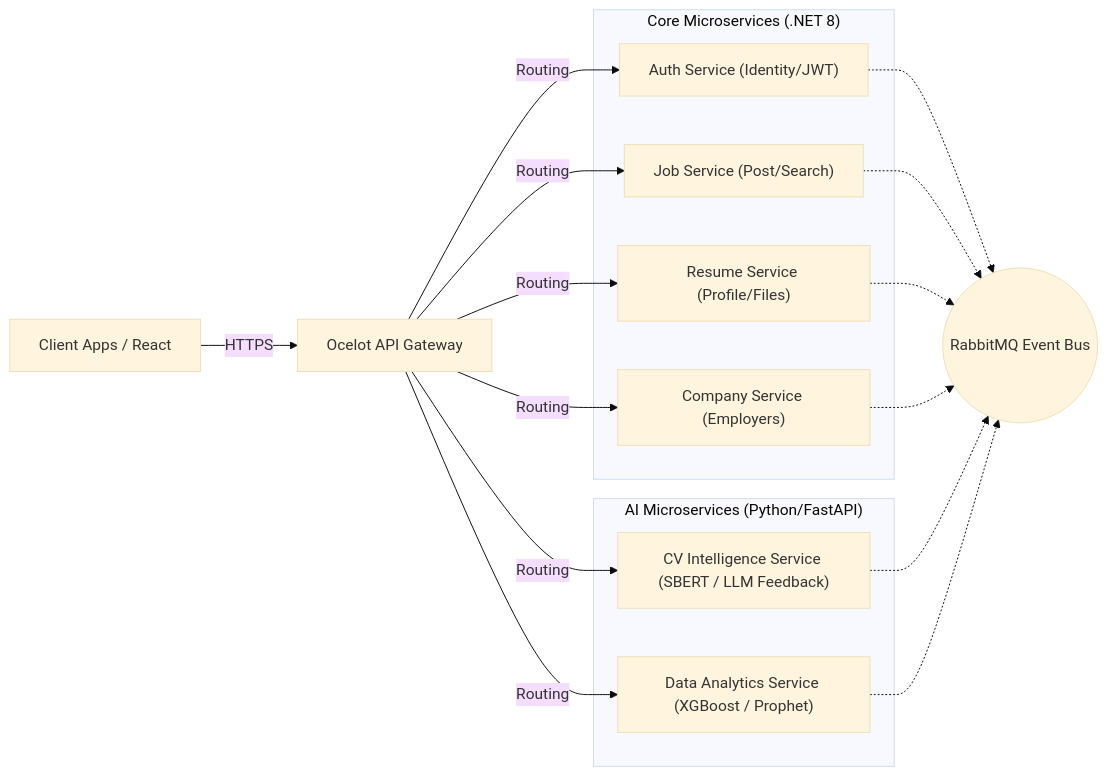
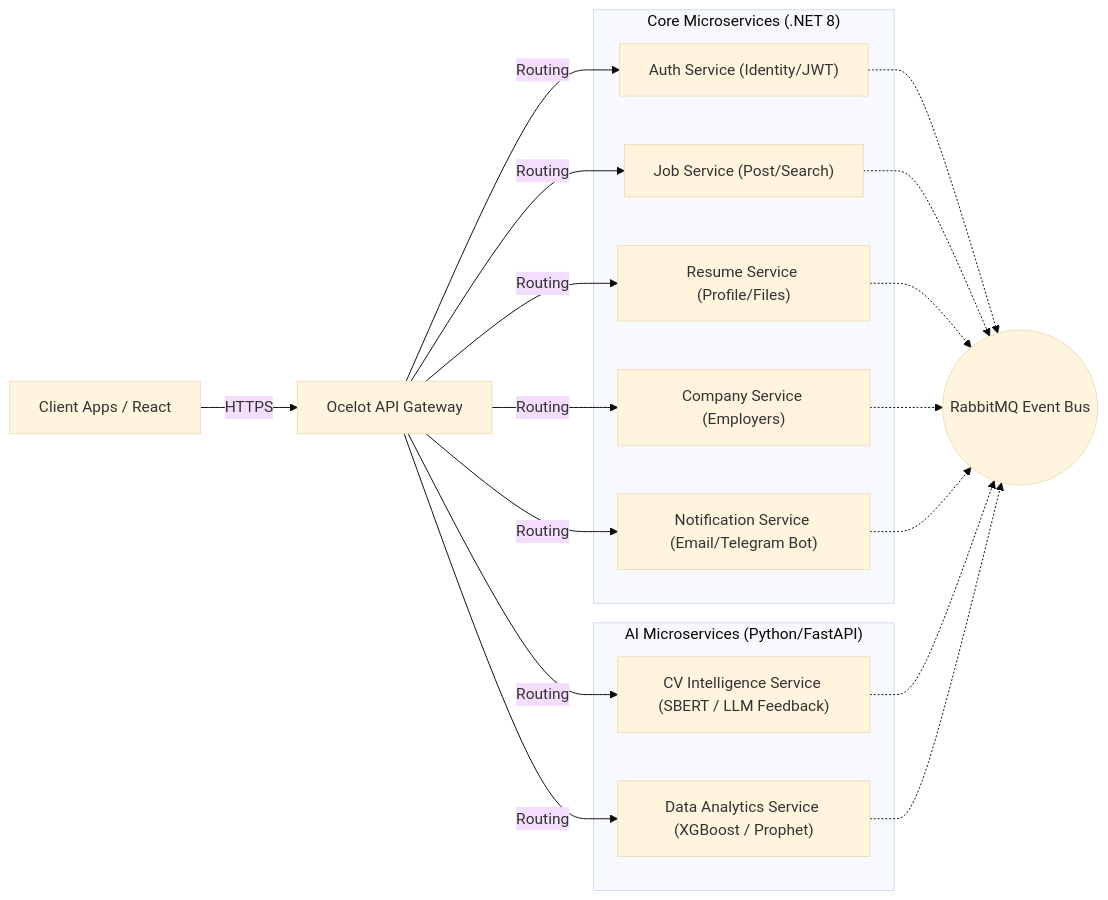
One commit to Min-Duc1705/jobhub-microservices changed the diagram in README.md. Above: the diagram before and after it, drawn with Mermaid (base theme). The commit also changed other lines of this file, not shown here.

Commit message:
docs: update Backend README.md with notification services and AI features

````diff
--- a/README.md
+++ b/README.md
@@ -21,32 +21,35 @@
 ```mermaid
 flowchart LR
     Client["Client Apps / React"] -->|HTTPS| API_Gateway
     
     API_Gateway["Ocelot API Gateway"] -->|Routing| Auth
     API_Gateway -->|Routing| Job
     API_Gateway -->|Routing| Resume
     API_Gateway -->|Routing| Company
+    API_Gateway -->|Routing| Notification
     API_Gateway -->|Routing| CVI
     API_Gateway -->|Routing| DA
     
     subgraph Core_Microservices ["Core Microservices (.NET 8)"]
         Auth["Auth Service (Identity/JWT)"]
         Job["Job Service (Post/Search)"]
         Resume["Resume Service (Profile/Files)"]
         Company["Company Service (Employers)"]
+        Notification["Notification Service (Email/Telegram Bot)"]
     end
     
     subgraph AI_Microservices ["AI Microservices (Python/FastAPI)"]
         CVI["CV Intelligence Service (SBERT / LLM Feedback)"]
         DA["Data Analytics Service (XGBoost / Prophet)"]
     end
     
     Auth -.-> RabbitMQ
     Job -.-> RabbitMQ
     Resume -.-> RabbitMQ
     Company -.-> RabbitMQ
+    Notification -.-> RabbitMQ
     CVI -.-> RabbitMQ
     DA -.-> RabbitMQ
     
     RabbitMQ(("RabbitMQ Event Bus"))
 ```
````
